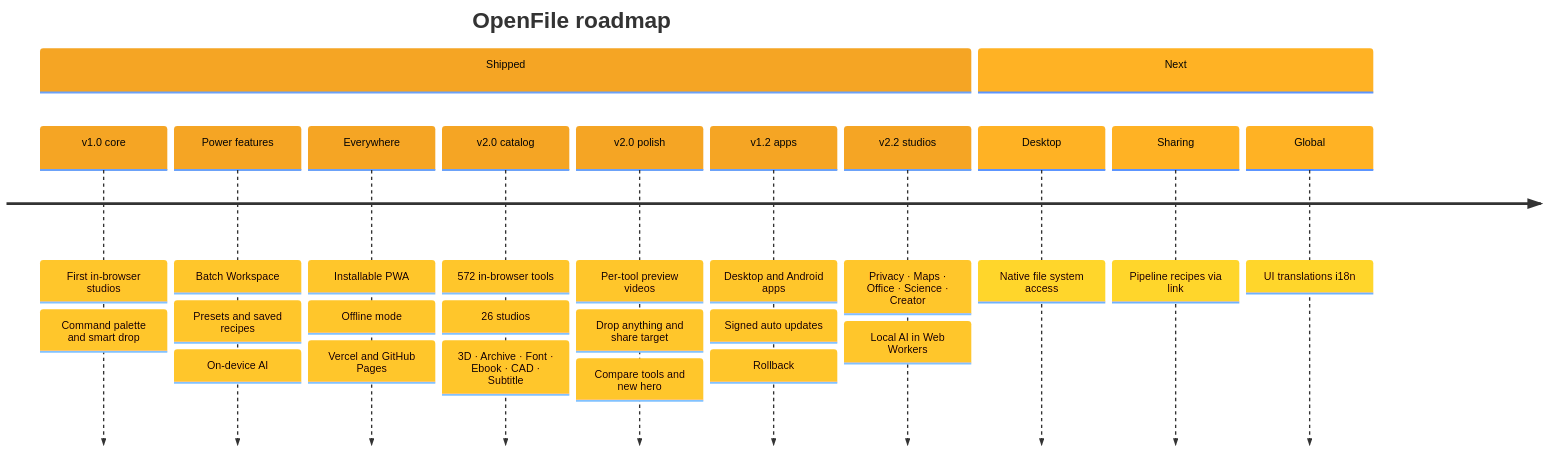
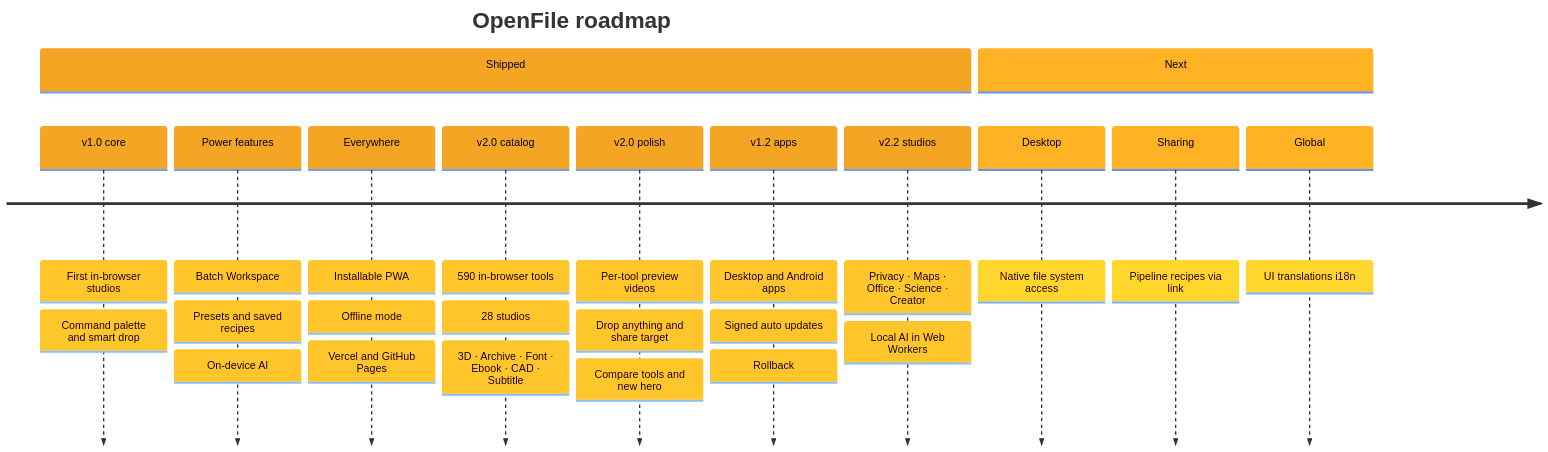
Before and after one commit to aniruddhaadak80/OpenFile: the eighth of 8 diagrams in README.md, drawn with Mermaid. The commit also changed other lines of this file and 110 other files, not shown here.

Commit message:
feat: AI Builder and Data Exports studios, 18 tools, 2 posts (v2.6.0)

````diff
--- a/README.md
+++ b/README.md
@@ -1877,17 +1940,17 @@
 ```mermaid
 %%{init: {'theme':'base','themeVariables':{'fontFamily':'system-ui, sans-serif','cScale0':'#F5A524','cScaleLabel0':'#050505','cScale1':'#FFB224','cScaleLabel1':'#050505','cScale2':'#14B8A6','cScaleLabel2':'#050505','cScale3':'#22D3EE','cScaleLabel3':'#050505','cScale4':'#10B981','cScaleLabel4':'#050505','cScale5':'#38BDF8','cScaleLabel5':'#050505','cScale6':'#FCD34D','cScaleLabel6':'#050505','cScale7':'#5EEAD4','cScaleLabel7':'#050505'}}}%%
 timeline
     title OpenFile roadmap
     section Shipped
         v1.0 core : First in-browser studios : Command palette and smart drop
         Power features : Batch Workspace : Presets and saved recipes : On-device AI
         Everywhere : Installable PWA : Offline mode : Vercel and GitHub Pages
-        v2.0 catalog : 572 in-browser tools : 26 studios : 3D · Archive · Font · Ebook · CAD · Subtitle
+        v2.0 catalog : 590 in-browser tools : 28 studios : 3D · Archive · Font · Ebook · CAD · Subtitle
         v2.0 polish : Per-tool preview videos : Drop anything and share target : Compare tools and new hero
         v1.2 apps : Desktop and Android apps : Signed auto updates : Rollback
         v2.2 studios : Privacy · Maps · Office · Science · Creator : Local AI in Web Workers
     section Next
         Desktop : Native file system access
         Sharing : Pipeline recipes via link
         Global : UI translations i18n
 ```
````
